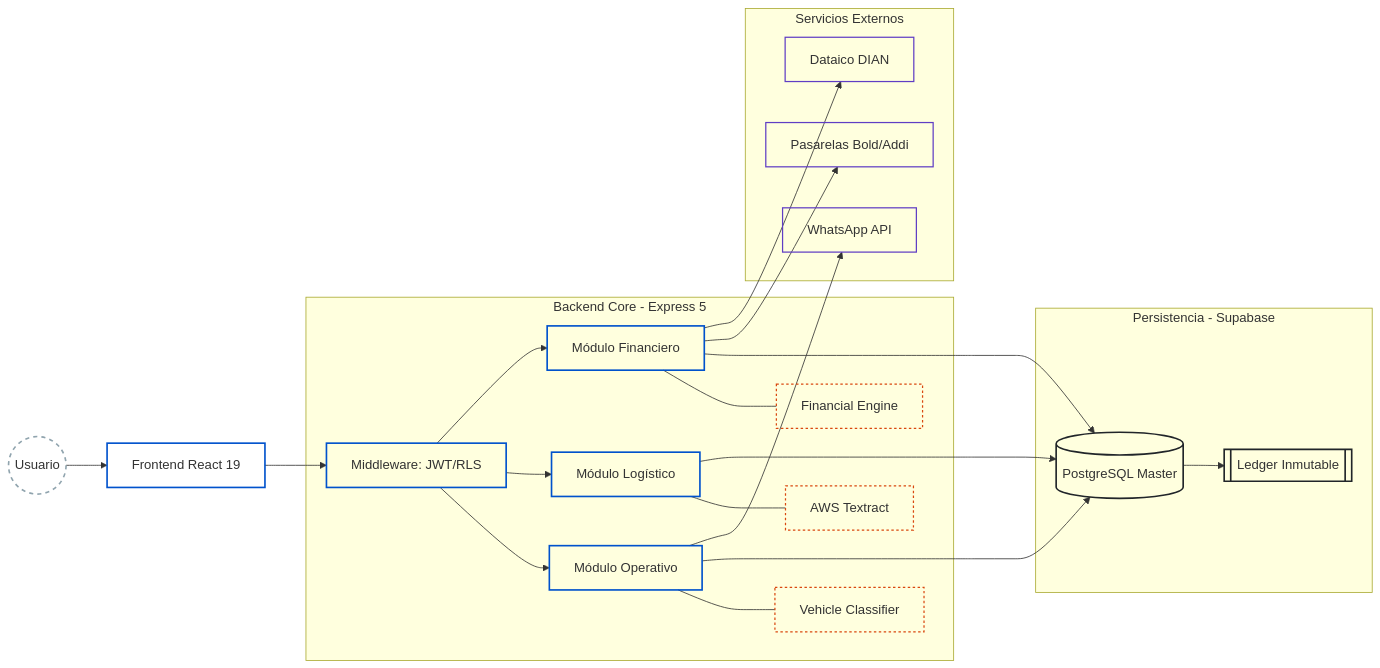
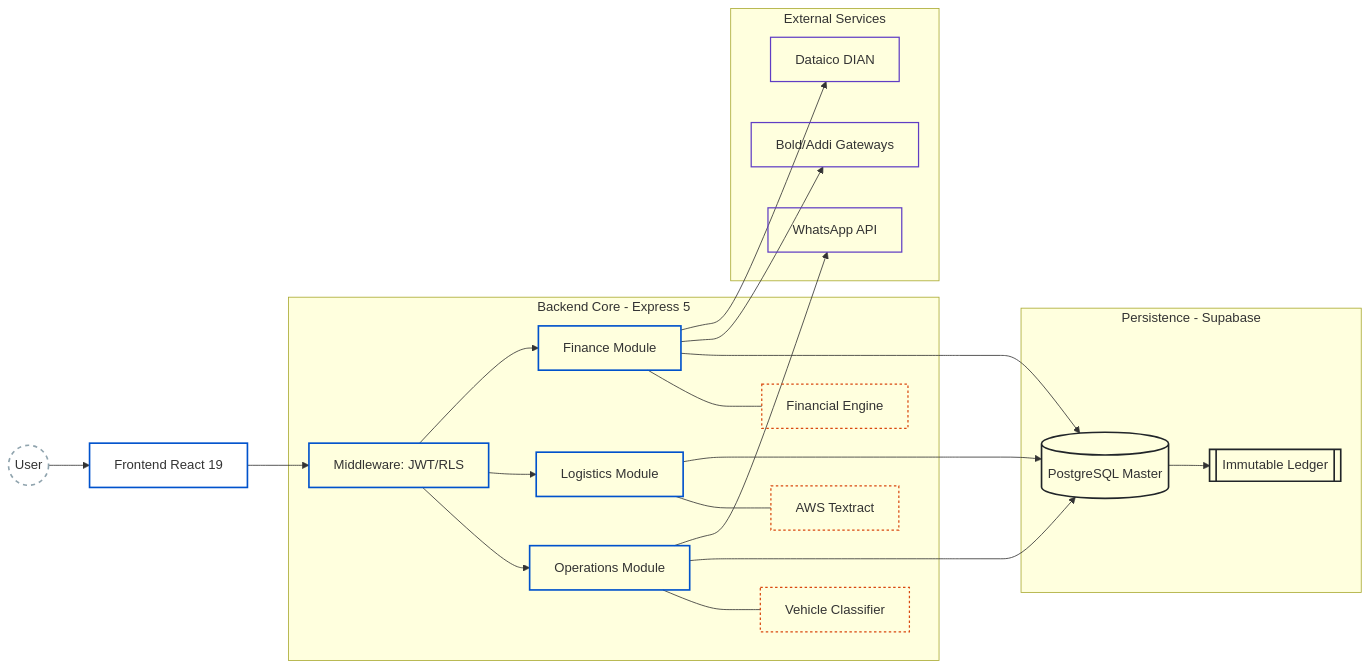
The first of 4 diagrams in README.md (brandonjimenez21/efiscoArchitecture), drawn with Mermaid before and after one commit. The commit also changed other lines of this file, not shown here.

````diff
--- a/README.md
+++ b/README.md
@@ -22,51 +24,43 @@
 ```mermaid
 graph LR
-    %% Estilos Globales Minimalistas (Fondos Transparentes)
     classDef default stroke:#455a64,stroke-width:1px,fill:none;
     classDef highlight stroke:#0052cc,stroke-width:2px,fill:none;
     classDef engine stroke:#d9480f,stroke-width:1.5px,stroke-dasharray: 3 3,fill:none;
     classDef database stroke:#212529,stroke-width:2px,fill:none;
     classDef external stroke:#5f3dc4,stroke-width:1.5px,fill:none;
     classDef user stroke:#90a4ae,stroke-width:2px,stroke-dasharray: 5 5,fill:none;
 
-    %% Flujo Inicial de Acceso
-    User((Usuario)) --> FE[Frontend React 19]
+    User((User)) --> FE[Frontend React 19]
     FE --> Auth[Middleware: JWT/RLS]
 
-    %% Capa Central: Backend y sus Motores Relacionados
     subgraph Core [Backend Core - Express 5]
-        Auth --> Ops[Módulo Operativo]
-        Auth --> Inv[Módulo Logístico]
-        Auth --> Fin[Módulo Financiero]
-        
-        %% Conexiones verticales directas con sus respectivos motores
+        Auth --> Ops[Operations Module]
+        Auth --> Inv[Logistics Module]
+        Auth --> Fin[Finance Module]
+
         Ops --- VClass[Vehicle Classifier]
         Inv --- OCR[AWS Textract]
         Fin --- FEng[Financial Engine]
     end
 
-    %% Capa de Datos y Persistencia
-    subgraph Data [Persistencia - Supabase]
-        DB[(PostgreSQL Master)] --> Kardex[[Ledger Inmutable]]
+    subgraph Data [Persistence - Supabase]
+        DB[(PostgreSQL Master)] --> Kardex[[Immutable Ledger]]
     end
 
-    %% Capa de Servicios Externos
-    subgraph Externals [Servicios Externos]
+    subgraph Externals [External Services]
         WA[WhatsApp API]
-        Pay[Pasarelas Bold/Addi]
+        Pay[Bold/Addi Gateways]
         DIAN[Dataico DIAN]
     end
 
-    %% Enlaces Estructurados entre Capas (Evita cruces caóticos)
     Ops & Inv & Fin ----> DB
     Ops --> WA
     Fin --> Pay
     Fin --> DIAN
 
-    %% Asignación de Estilos
     class User user;
     class FE,Auth,Ops,Inv,Fin highlight;
     class VClass,OCR,FEng engine;
     class DB,Kardex database;
     class WA,Pay,DIAN external;
 ```
````
